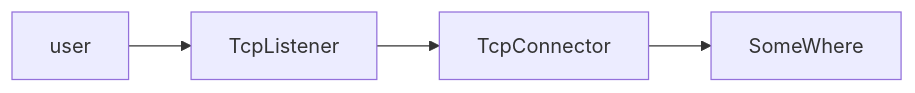
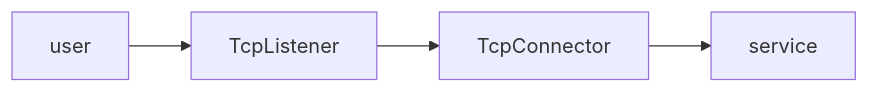
One commit to radkesvat/WaterWall-Docs changed the first of 5 diagrams in i18n/fa/docusaurus-plugin-content-docs/current/02-noderefs/Bridge.mdx. Above: the diagram before and after it, drawn with Mermaid. The commit also changed other lines of this file and 208 other files, not shown here.

````diff
--- a/i18n/fa/docusaurus-plugin-content-docs/current/02-noderefs/Bridge.mdx
+++ b/i18n/fa/docusaurus-plugin-content-docs/current/02-noderefs/Bridge.mdx
@@ -31,6 +133,6 @@
 ```mermaid
 flowchart LR
-    user1[user] --> A1[TcpListener]
-    A1 --> B1[TcpConnector]
-    B1 --> C1[SomeWhere]
+    User[user] --> Listener[TcpListener]
+    Listener --> Connector[TcpConnector]
+    Connector --> Service[service]
 ```
````
